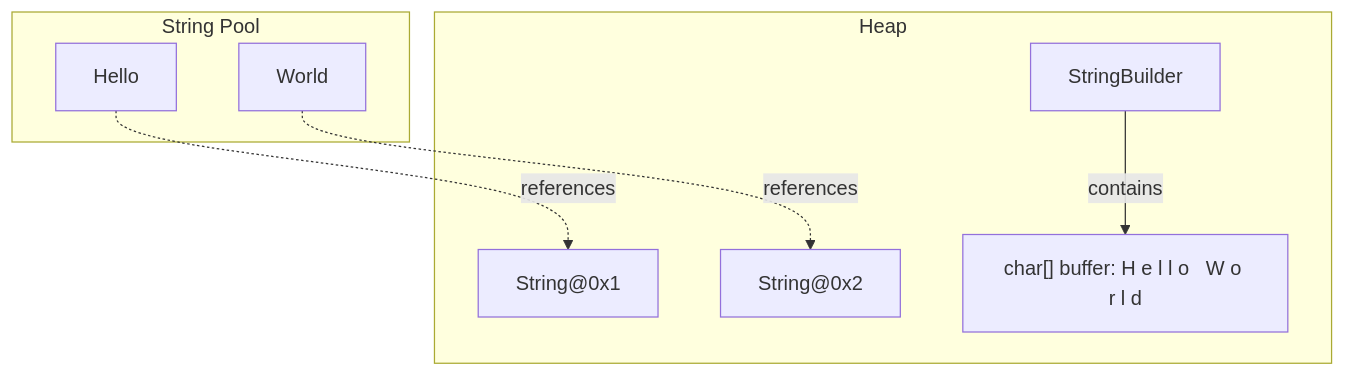
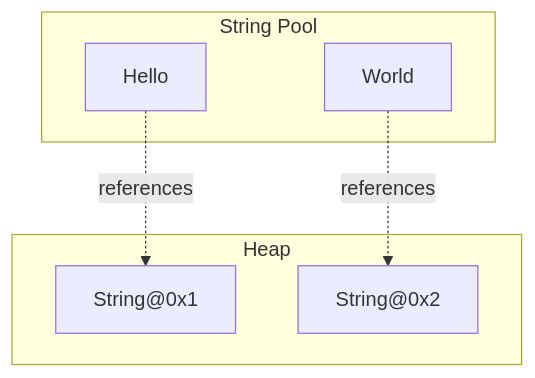
One commit to danielcregg/object-oriented-computing changed the second of 2 diagrams in lectures-and-labs/week06/strings_lab/README.md. Above: the diagram before and after it, drawn with Mermaid. The commit also changed other lines of this file and 6 other files, not shown here.

````diff
--- a/lectures-and-labs/week06/strings_lab/README.md
+++ b/lectures-and-labs/week06/strings_lab/README.md
@@ -278,16 +262,13 @@
 ```mermaid
 graph TD
     subgraph StringPool["String Pool"]
         L1["Hello"]
         L2["World"]
     end
     subgraph Heap
         S1["String@0x1"]
         S2["String@0x2"]
-        SB["StringBuilder"]
-        BUF["char[] buffer: H e l l o   W o r l d"]
     end
     L1 -.->|references| S1
     L2 -.->|references| S2
-    SB -->|contains| BUF
 ```
````
